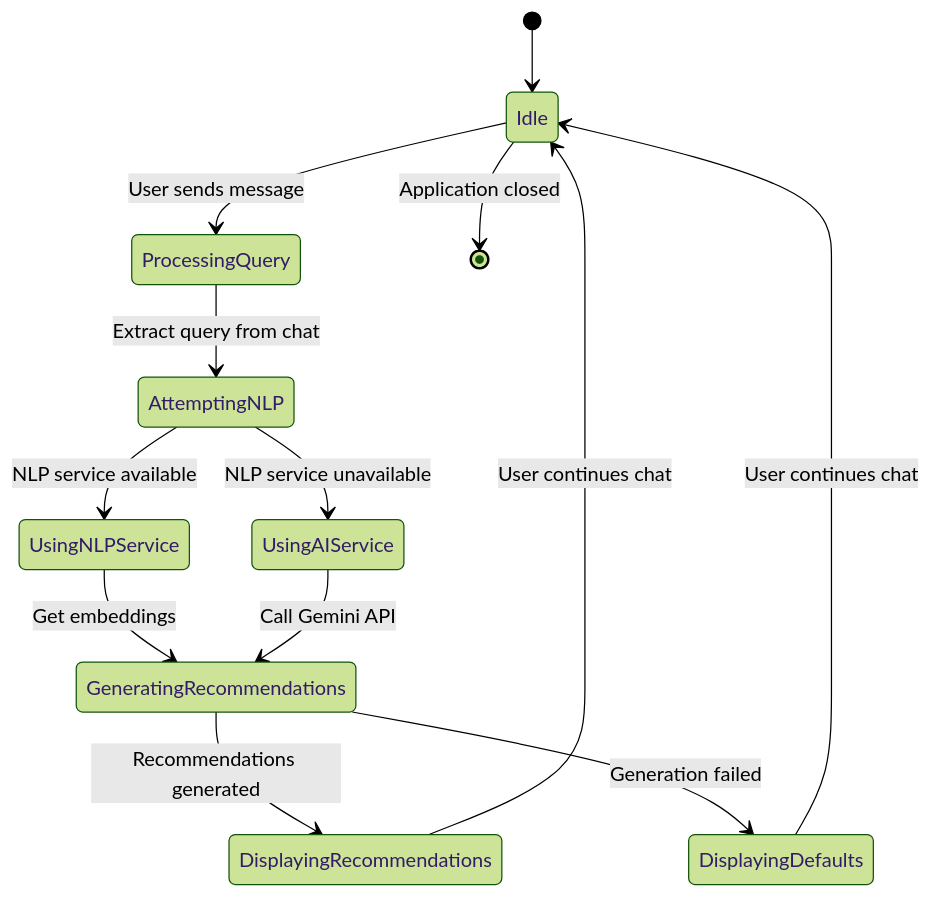
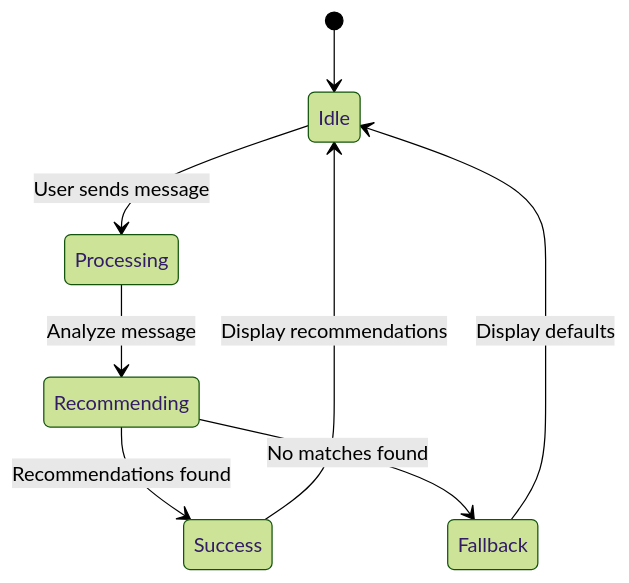
Before and after one commit to Gauravkrsah/Cropsay: the third of 7 diagrams in documentation/digram.md, drawn with Mermaid (forest theme). The commit also changed other lines of this file, not shown here.

Commit message:
Simplify and clean up system diagrams for better readability

````diff
--- a/documentation/digram.md
+++ b/documentation/digram.md
@@ -331,21 +129,13 @@
 ```mermaid
 stateDiagram-v2
     [*] --> Idle
     
-    Idle --> ProcessingQuery: User sends message
-    ProcessingQuery --> AttemptingNLP: Extract query from chat
+    Idle --> Processing: User sends message
+    Processing --> Recommending: Analyze message
     
-    AttemptingNLP --> UsingNLPService: NLP service available
-    AttemptingNLP --> UsingAIService: NLP service unavailable
+    Recommending --> Success: Recommendations found
+    Recommending --> Fallback: No matches found
     
-    UsingNLPService --> GeneratingRecommendations: Get embeddings
-    UsingAIService --> GeneratingRecommendations: Call Gemini API
-    
-    GeneratingRecommendations --> DisplayingRecommendations: Recommendations generated
-    GeneratingRecommendations --> DisplayingDefaults: Generation failed
-    
-    DisplayingRecommendations --> Idle: User continues chat
-    DisplayingDefaults --> Idle: User continues chat
-    
-    Idle --> [*]: Application closed
+    Success --> Idle: Display recommendations
+    Fallback --> Idle: Display defaults
 ```
````
